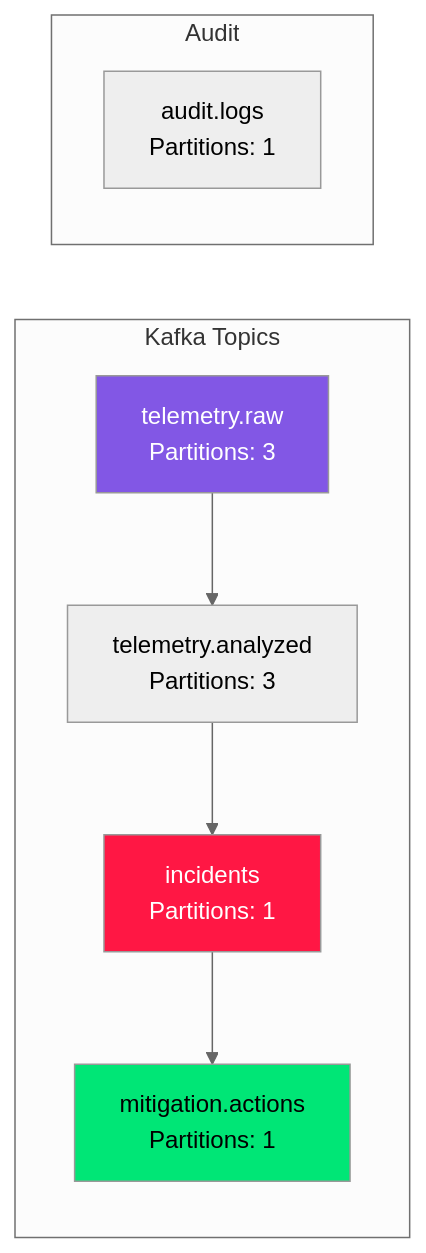
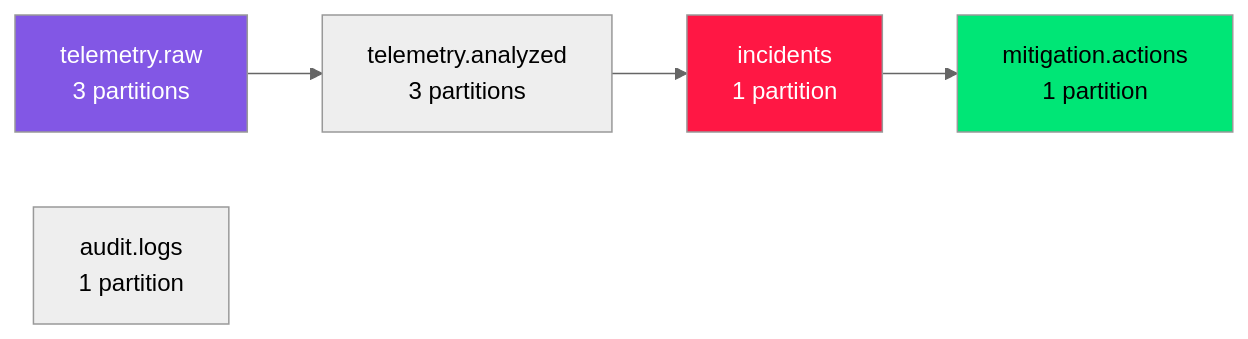
Before and after one commit to The-Peacemaker/sentinel-mesh-platform: the second of 4 diagrams in README.md, drawn with Mermaid (neutral theme). The commit also changed other lines of this file, not shown here.

Commit message:
docs: professional README overhaul with architecture diagrams, mathematical notation, and clean typography

````diff
--- a/README.md
+++ b/README.md
@@ -116,16 +89,11 @@
 ```mermaid
 graph LR
-    subgraph Kafka Topics
-        A[telemetry.raw<br/>Partitions: 3] --> B[telemetry.analyzed<br/>Partitions: 3]
-        B --> C[incidents<br/>Partitions: 1]
-        C --> D[mitigation.actions<br/>Partitions: 1]
-    end
-
-    subgraph Audit
-        E[audit.logs<br/>Partitions: 1]
-    end
+    A["telemetry.raw<br/>3 partitions"] --> B["telemetry.analyzed<br/>3 partitions"]
+    B --> C["incidents<br/>1 partition"]
+    C --> D["mitigation.actions<br/>1 partition"]
+    E["audit.logs<br/>1 partition"]
 
     style A fill:#8257e5,color:#fff
     style C fill:#ff1744,color:#fff
     style D fill:#00e676,color:#000
 ```
````
